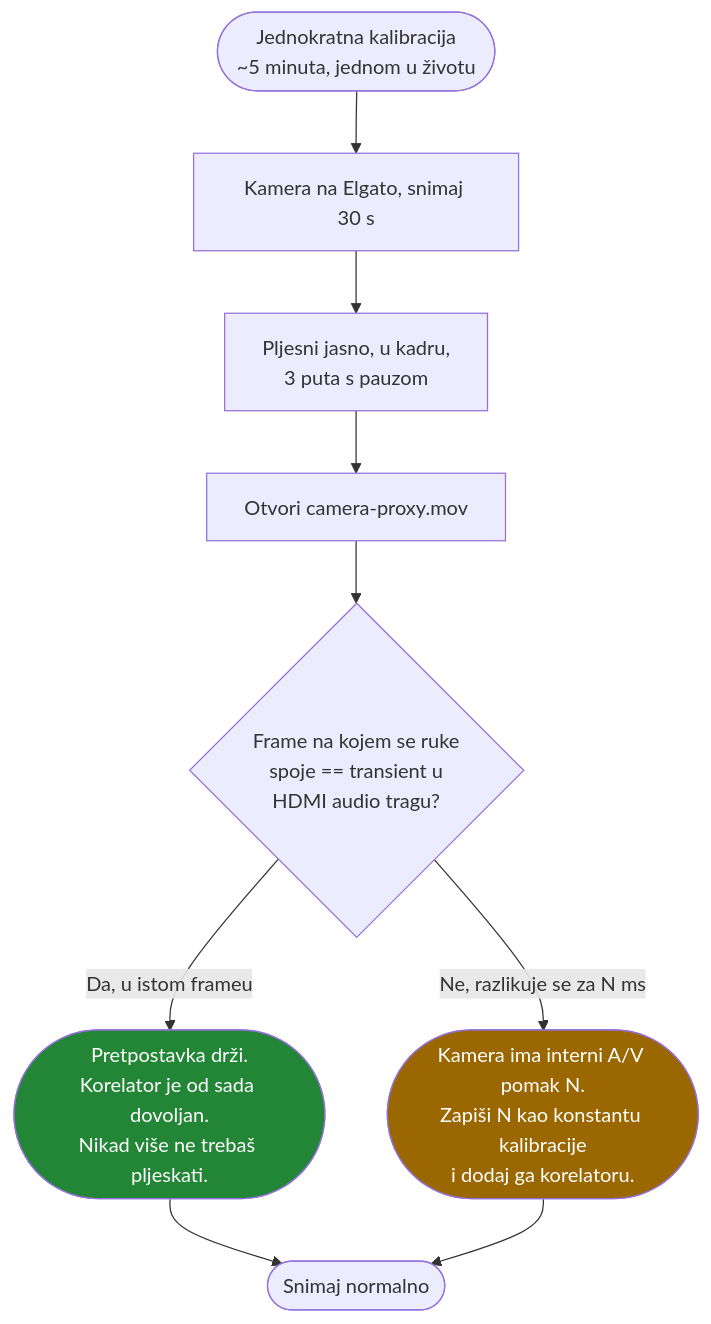
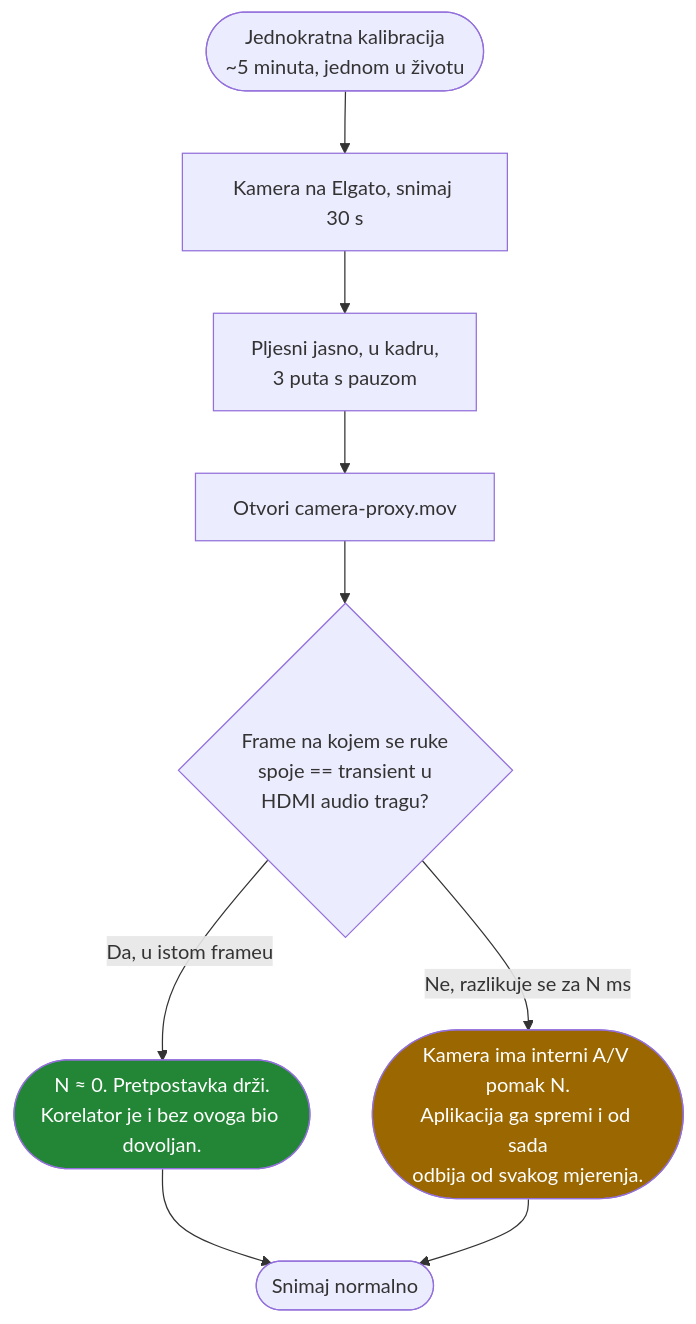
Before and after one commit to domovinatv/producer.domovina.tv: the fourth of 10 diagrams in docs/LIP_SYNC_THEORY.md, drawn with Mermaid. The commit also changed other lines of this file and 14 other files, not shown here.

````diff
--- a/docs/LIP_SYNC_THEORY.md
+++ b/docs/LIP_SYNC_THEORY.md
@@ -175,18 +175,18 @@
 ```mermaid
 flowchart TD
     START(["Jednokratna kalibracija<br/>~5 minuta, jednom u životu"]) --> S1
 
     S1["Kamera na Elgato, snimaj 30 s"] --> S2
     S2["Pljesni jasno, u kadru,<br/>3 puta s pauzom"] --> S3
     S3["Otvori camera-proxy.mov"] --> S4
     S4{"Frame na kojem se ruke<br/>spoje == transient u<br/>HDMI audio tragu?"}
 
-    S4 -->|"Da, u istom frameu"| OK(["Pretpostavka drži.<br/>Korelator je od sada dovoljan.<br/>Nikad više ne trebaš pljeskati."])
-    S4 -->|"Ne, razlikuje se za N ms"| CAL(["Kamera ima interni A/V pomak N.<br/>Zapiši N kao konstantu kalibracije<br/>i dodaj ga korelatoru."])
+    S4 -->|"Da, u istom frameu"| OK(["N ≈ 0. Pretpostavka drži.<br/>Korelator je i bez ovoga bio dovoljan."])
+    S4 -->|"Ne, razlikuje se za N ms"| CAL(["Kamera ima interni A/V pomak N.<br/>Aplikacija ga spremi i od sada<br/>odbija od svakog mjerenja."])
 
     OK --> DONE(["Snimaj normalno"])
     CAL --> DONE
 
     style OK fill:#238636,color:#fff
     style CAL fill:#9a6700,color:#fff
 ```
````
